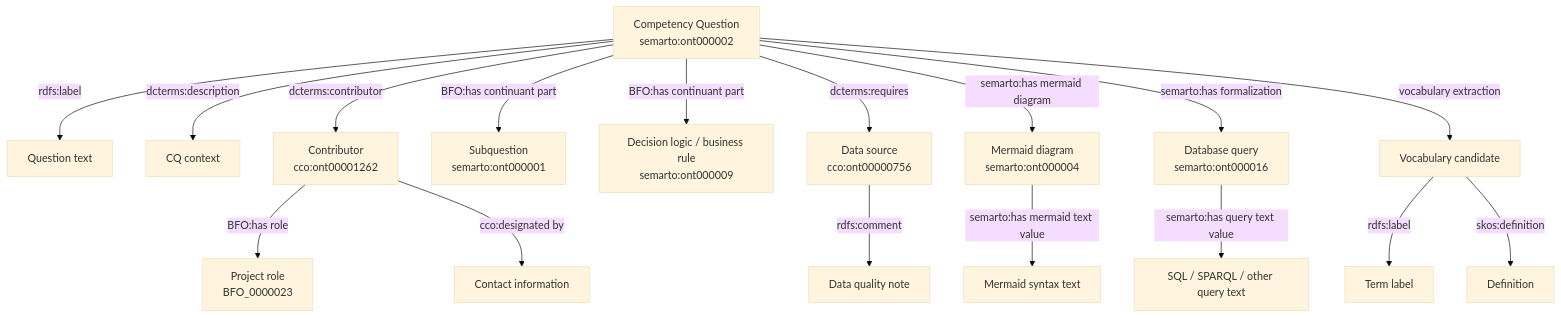
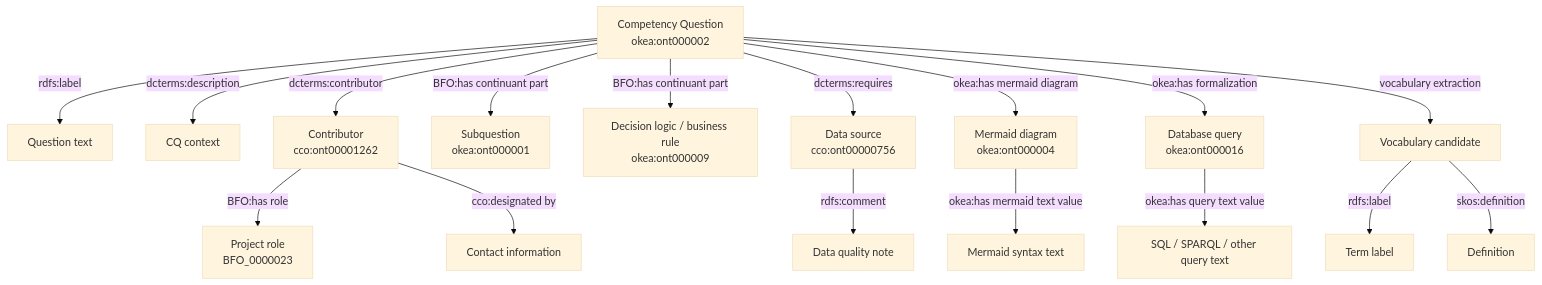
The second of 2 diagrams in src/tutorials/cq-ferret-tutorial.md (jonathanvajda/OntoEagle), drawn with Mermaid (base theme) before and after one commit. The commit also changed other lines of this file and 22 other files, not shown here.

````diff
--- a/src/tutorials/cq-ferret-tutorial.md
+++ b/src/tutorials/cq-ferret-tutorial.md
@@ -243,23 +241,23 @@
 ```mermaid
 flowchart TD
-    CQ["Competency Question<br/>semarto:ont000002"] -->|rdfs:label| CQText["Question text"]
+    CQ["Competency Question<br/>okea:ont000002"] -->|rdfs:label| CQText["Question text"]
     CQ -->|dcterms:description| Context["CQ context"]
     CQ -->|dcterms:contributor| Person["Contributor<br/>cco:ont00001262"]
     Person -->|BFO:has role| Role["Project role<br/>BFO_0000023"]
     Person -->|cco:designated by| Email["Contact information"]
 
-    CQ -->|BFO:has continuant part| Subquestion["Subquestion<br/>semarto:ont000001"]
-    CQ -->|BFO:has continuant part| DecisionLogic["Decision logic / business rule<br/>semarto:ont000009"]
+    CQ -->|BFO:has continuant part| Subquestion["Subquestion<br/>okea:ont000001"]
+    CQ -->|BFO:has continuant part| DecisionLogic["Decision logic / business rule<br/>okea:ont000009"]
     CQ -->|dcterms:requires| DataSource["Data source<br/>cco:ont00000756"]
     DataSource -->|rdfs:comment| DataQuality["Data quality note"]
 
-    CQ -->|semarto:has mermaid diagram| Diagram["Mermaid diagram<br/>semarto:ont000004"]
-    Diagram -->|semarto:has mermaid text value| MermaidText["Mermaid syntax text"]
+    CQ -->|okea:has mermaid diagram| Diagram["Mermaid diagram<br/>okea:ont000004"]
+    Diagram -->|okea:has mermaid text value| MermaidText["Mermaid syntax text"]
 
-    CQ -->|semarto:has formalization| Query["Database query<br/>semarto:ont000016"]
-    Query -->|semarto:has query text value| QueryText["SQL / SPARQL / other query text"]
+    CQ -->|okea:has formalization| Query["Database query<br/>okea:ont000016"]
+    Query -->|okea:has query text value| QueryText["SQL / SPARQL / other query text"]
 
     CQ -->|vocabulary extraction| Vocab["Vocabulary candidate"]
     Vocab -->|rdfs:label| VocabLabel["Term label"]
     Vocab -->|skos:definition| Definition["Definition"]
 ```
````
